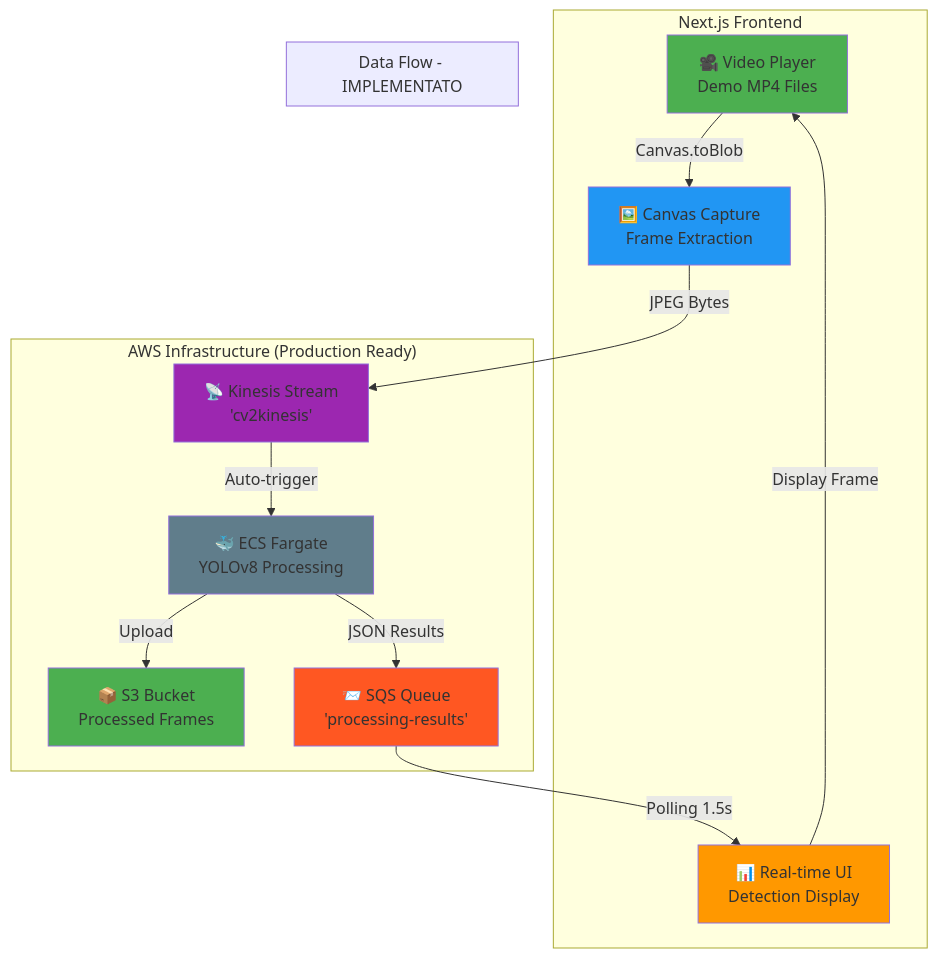
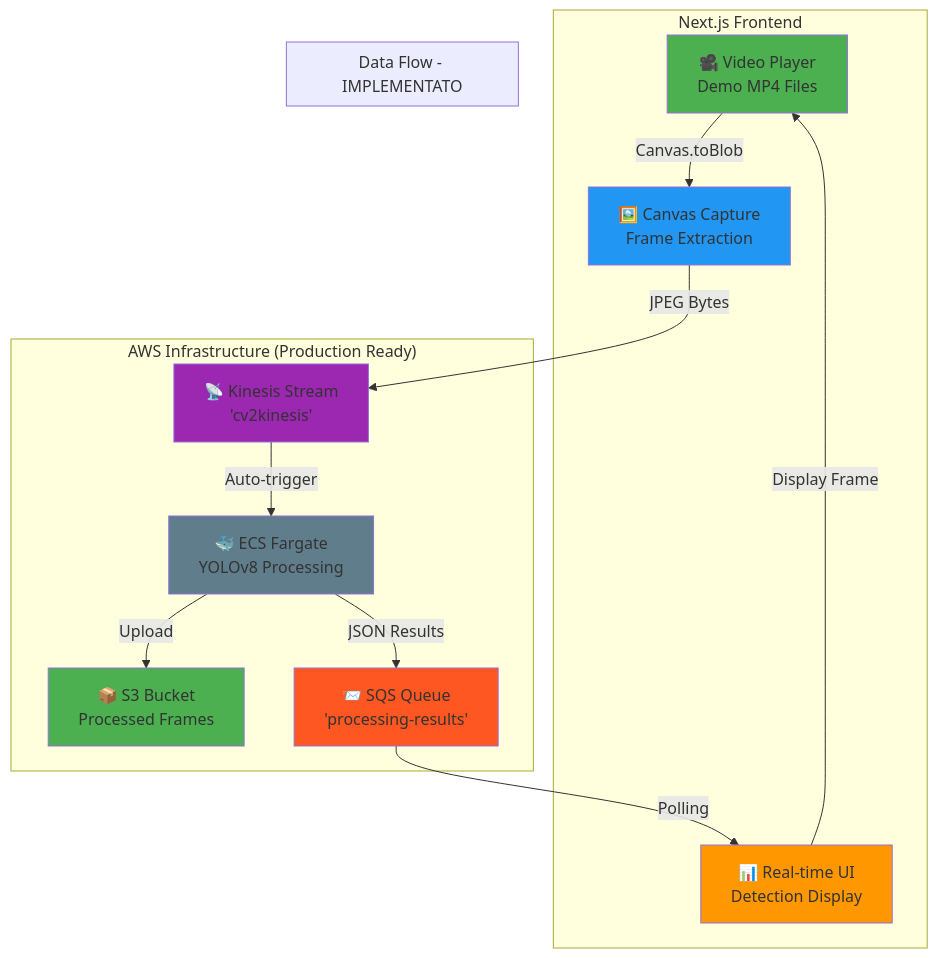
The first of 2 diagrams in infrastructure/docs/FRONTEND_INTEGRATION_GUIDE.md (PedemonteGiacomo/KinaseVideoProcessing), drawn with Mermaid before and after one commit.

````diff
--- a/infrastructure/docs/FRONTEND_INTEGRATION_GUIDE.md
+++ b/infrastructure/docs/FRONTEND_INTEGRATION_GUIDE.md
@@ -8,33 +8,33 @@
 ```mermaid
 graph TB
     subgraph "Next.js Frontend"
         VIDEO[🎥 Video Player<br/>Demo MP4 Files]
         CANVAS[🖼️ Canvas Capture<br/>Frame Extraction]
         UI[📊 Real-time UI<br/>Detection Display]
     end
     
     subgraph "AWS Infrastructure (Production Ready)"
         KDS[📡 Kinesis Stream<br/>'cv2kinesis']
         ECS[🐳 ECS Fargate<br/>YOLOv8 Processing]
         S3[📦 S3 Bucket<br/>Processed Frames]
         SQS[📨 SQS Queue<br/>'processing-results']
     end
     
     subgraph "Data Flow - IMPLEMENTATO"
         VIDEO -->|Canvas.toBlob| CANVAS
         CANVAS -->|JPEG Bytes| KDS
         KDS -->|Auto-trigger| ECS
         ECS -->|Upload| S3
         ECS -->|JSON Results| SQS
-        SQS -->|Polling 1.5s| UI
+        SQS -->|Polling| UI
         UI -->|Display Frame| VIDEO
     end
     
     style VIDEO fill:#4caf50
     style CANVAS fill:#2196f3
     style UI fill:#ff9800
     style KDS fill:#9c27b0
     style ECS fill:#607d8b
     style S3 fill:#4caf50
     style SQS fill:#ff5722
 ```
````
